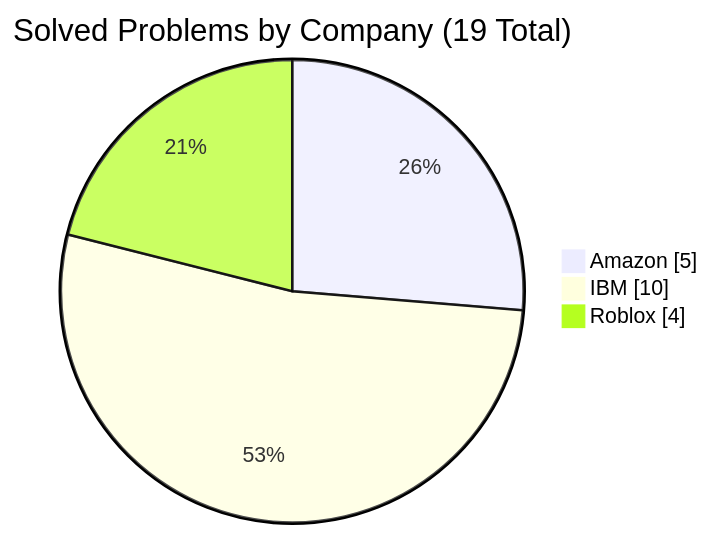
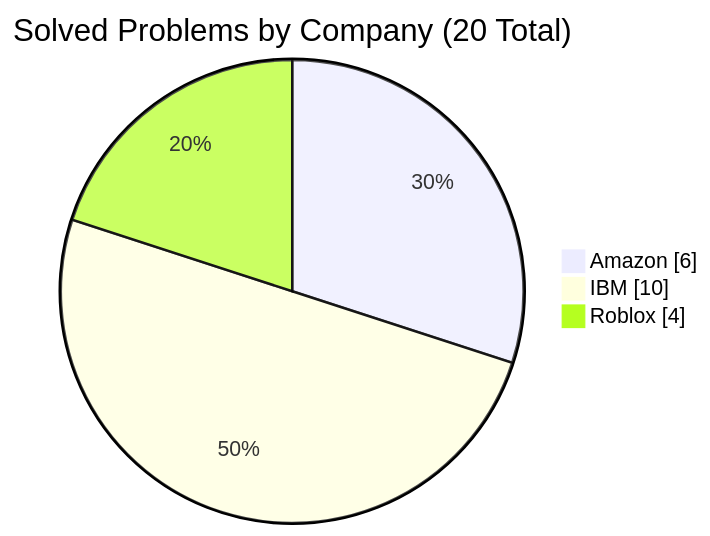
One commit to simonesiega/leetcode-solutions changed the fourth of 4 diagrams in README.md. Above: the diagram before and after it, drawn with Mermaid. The commit also changed 4 other files, not shown here.

````diff
--- a/README.md
+++ b/README.md
@@ -168,7 +168,7 @@
 ```mermaid
 pie showData
-    title Solved Problems by Company (19 Total)
-    "Amazon" : 5
+    title Solved Problems by Company (20 Total)
+    "Amazon" : 6
     "IBM" : 10
     "Roblox" : 4
 ```
````
